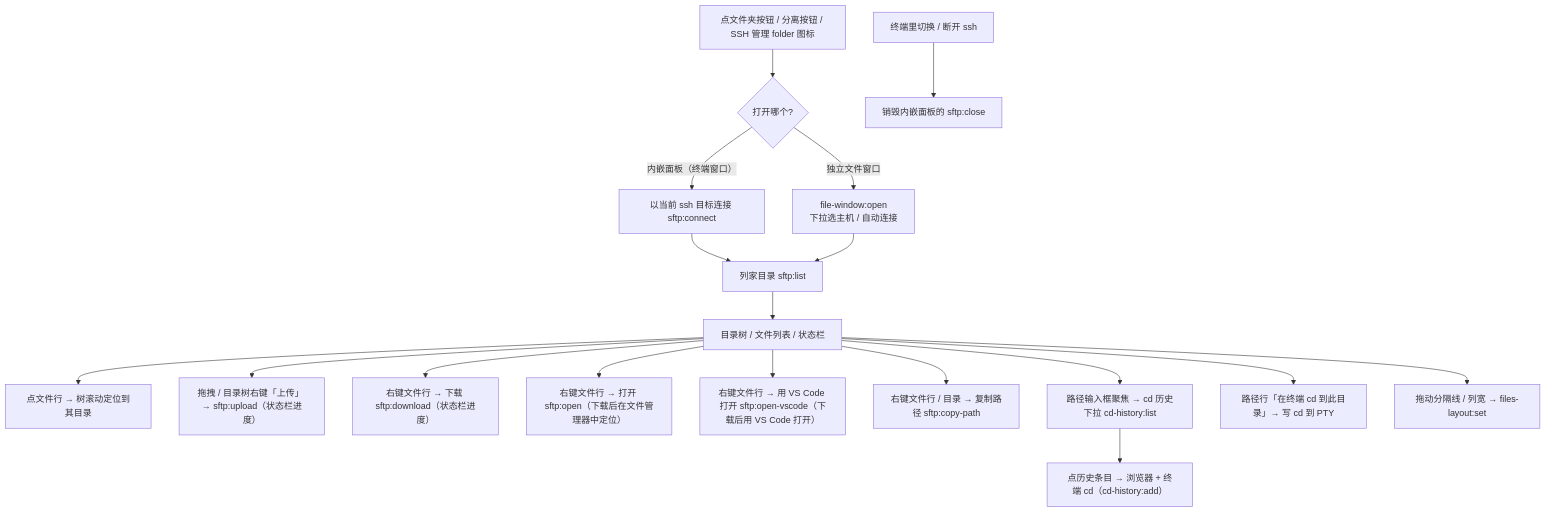
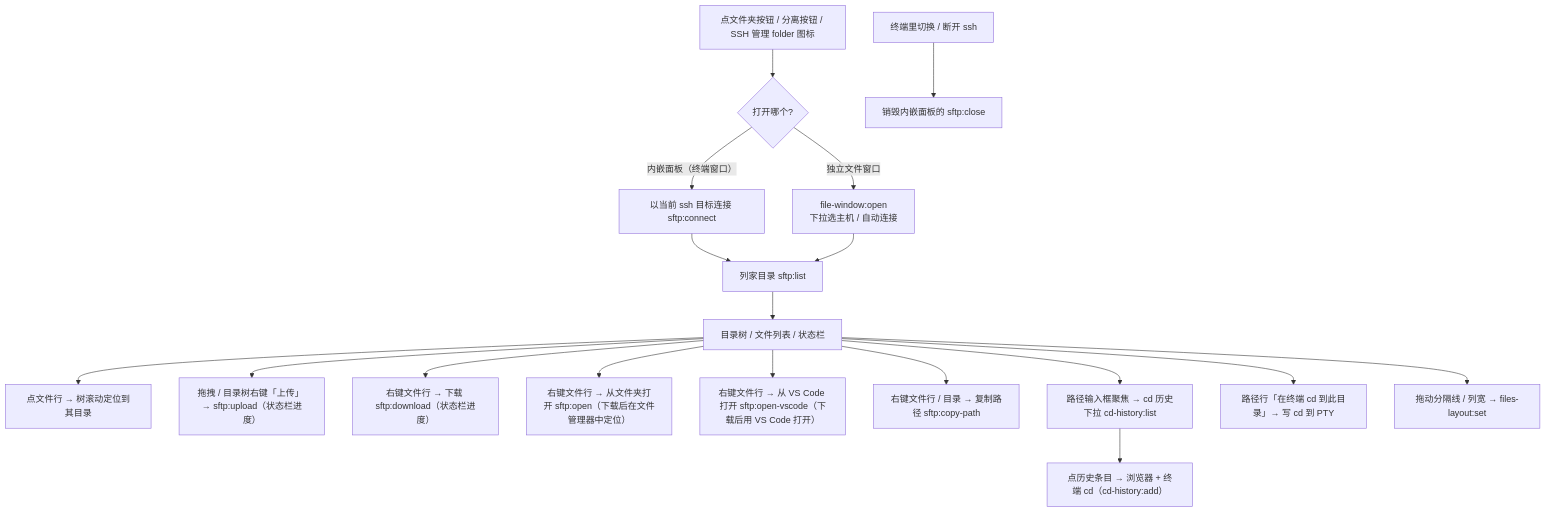
One commit to o8x/ships changed the fifth of 5 diagrams in docs/PRD.md. Above: the diagram before and after it, drawn with Mermaid. The commit also changed other lines of this file and 1 other file, not shown here.

Commit message:
chore: rename file context menu labels (folder/VS Code/local)

````diff
--- a/docs/PRD.md
+++ b/docs/PRD.md
@@ -469,20 +469,20 @@
 ```mermaid
 flowchart TD
   A[点文件夹按钮 / 分离按钮 / SSH 管理 folder 图标] --> B{打开哪个?}
   B -- 内嵌面板（终端窗口） --> C[以当前 ssh 目标连接 sftp:connect]
   B -- 独立文件窗口 --> D[file-window:open<br/>下拉选主机 / 自动连接]
   C --> E[列家目录 sftp:list]
   D --> E
   E --> F[目录树 / 文件列表 / 状态栏]
   F --> G[点文件行 → 树滚动定位到其目录]
   F --> H[拖拽 / 目录树右键「上传」 → sftp:upload（状态栏进度）]
   F --> I[右键文件行 → 下载 sftp:download（状态栏进度）]
-  F --> I2[右键文件行 → 打开 sftp:open（下载后在文件管理器中定位）]
-  F --> I3[右键文件行 → 用 VS Code 打开 sftp:open-vscode（下载后用 VS Code 打开）]
+  F --> I2[右键文件行 → 从文件夹打开 sftp:open（下载后在文件管理器中定位）]
+  F --> I3[右键文件行 → 从 VS Code 打开 sftp:open-vscode（下载后用 VS Code 打开）]
   F --> I4[右键文件行 / 目录 → 复制路径 sftp:copy-path]
   F --> N[路径输入框聚焦 → cd 历史下拉 cd-history:list]
   N --> N2[点历史条目 → 浏览器 + 终端 cd（cd-history:add）]
   F --> J[路径行「在终端 cd 到此目录」→ 写 cd 到 PTY]
   F --> K[拖动分隔线 / 列宽 → files-layout:set]
   L[终端里切换 / 断开 ssh] --> M[销毁内嵌面板的 sftp:close]
 ```
````
